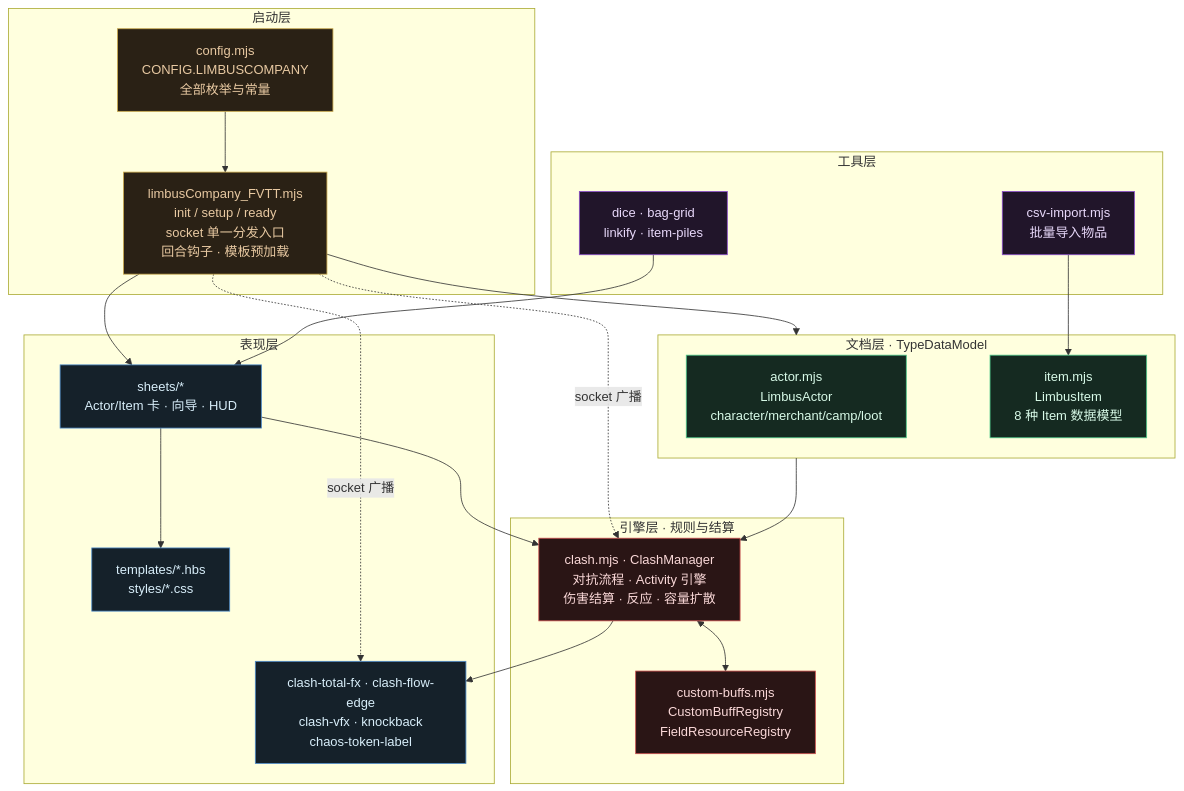
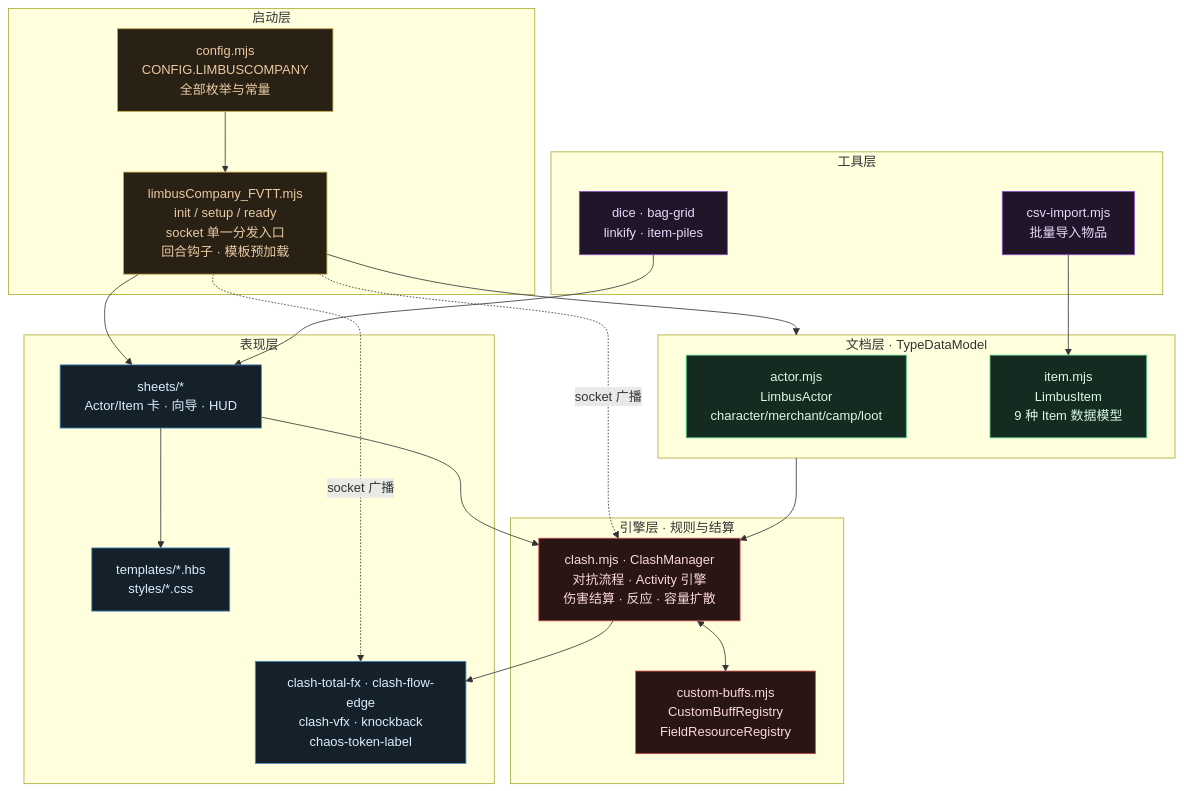
Before and after one commit to yanzhian/limbusCompany_FVTT: the first of 3 diagrams in 开发总览.md, drawn with Mermaid. The commit also changed other lines of this file and 1 other file, not shown here.

````diff
--- a/开发总览.md
+++ b/开发总览.md
@@ -31,52 +32,52 @@
 ```mermaid
 graph TD
   subgraph BOOT["启动层"]
     ENTRY["limbusCompany_FVTT.mjs<br/>init / setup / ready<br/>socket 单一分发入口<br/>回合钩子 · 模板预加载"]
     CFG["config.mjs<br/>CONFIG.LIMBUSCOMPANY<br/>全部枚举与常量"]
   end
 
   subgraph DOC["文档层 · TypeDataModel"]
     ACT["actor.mjs<br/>LimbusActor<br/>character/merchant/camp/loot"]
-    ITM["item.mjs<br/>LimbusItem<br/>8 种 Item 数据模型"]
+    ITM["item.mjs<br/>LimbusItem<br/>9 种 Item 数据模型"]
   end
 
   subgraph ENGINE["引擎层 · 规则与结算"]
     CLASH["clash.mjs · ClashManager<br/>对抗流程 · Activity 引擎<br/>伤害结算 · 反应 · 容量扩散"]
     BUFF["custom-buffs.mjs<br/>CustomBuffRegistry<br/>FieldResourceRegistry"]
   end
 
   subgraph UI["表现层"]
     SHEETS["sheets/*<br/>Actor/Item 卡 · 向导 · HUD"]
     FX["clash-total-fx · clash-flow-edge<br/>clash-vfx · knockback<br/>chaos-token-label"]
     HBS["templates/*.hbs<br/>styles/*.css"]
   end
 
   subgraph TOOL["工具层"]
     CSV["csv-import.mjs<br/>批量导入物品"]
     MISC["dice · bag-grid<br/>linkify · item-piles"]
   end
 
   CFG --> ENTRY
   ENTRY --> DOC
   ENTRY --> SHEETS
   ENTRY -.socket 广播.-> CLASH
   ENTRY -.socket 广播.-> FX
   DOC --> CLASH
   CLASH <--> BUFF
   CLASH --> FX
   SHEETS --> CLASH
   SHEETS --> HBS
   CSV --> ITM
   MISC --> SHEETS
 
   classDef boot fill:#2a2115,stroke:#C9A84C,color:#E8C9A2
   classDef doc fill:#152a21,stroke:#4CC98A,color:#D8FAE8
   classDef eng fill:#2a1515,stroke:#C94C4C,color:#FAD8D8
   classDef ui fill:#15212a,stroke:#4C8AC9,color:#D8EEFA
   classDef tool fill:#21152a,stroke:#8A4CC9,color:#E8D8FA
   class ENTRY,CFG boot
   class ACT,ITM doc
   class CLASH,BUFF eng
   class SHEETS,FX,HBS ui
   class CSV,MISC tool
 ```
````
